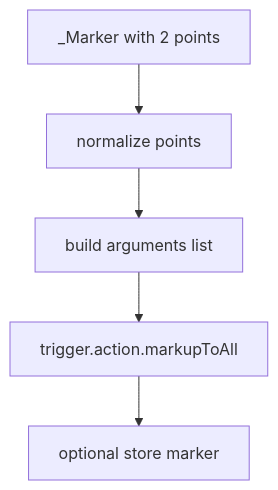
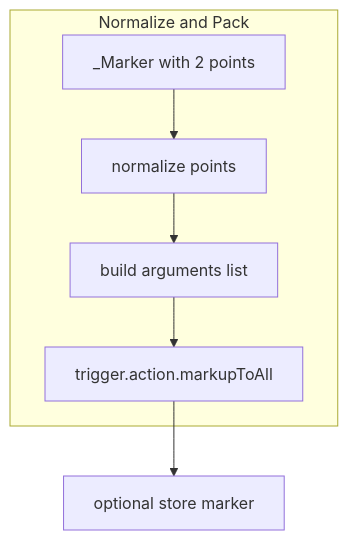
One commit to Gh0st352/AETHR changed the third of 6 diagrams in docs/markers/README.md. Above: the diagram before and after it, drawn with Mermaid. The commit also changed other lines of this file and 4 other files, not shown here.

First line of the commit message:
docs(markers): reorganize Mermaid diagrams into subgraphs

````diff
--- a/docs/markers/README.md
+++ b/docs/markers/README.md
@@ -50,8 +67,14 @@
 ```mermaid
 %% shared theme: docs/_mermaid/theme.json %%
 flowchart TD
-  IN2[_Marker with 2 points] --> NORM2[normalize points]
-  NORM2 --> ARGS2[build arguments list]
-  ARGS2 --> CALL2[trigger.action.markupToAll]
+  subgraph "Normalize and Pack"
+    IN2[_Marker with 2 points] --> NORM2[normalize points]
+    NORM2 --> ARGS2[build arguments list]
+    ARGS2 --> CALL2[trigger.action.markupToAll]
+  end
   CALL2 --> STORE2[optional store marker]
+  class IN2 class_data;
+  class NORM2,ARGS2 class_compute;
+  class CALL2 class_io;
+  class STORE2 class_step;
 ```
````
